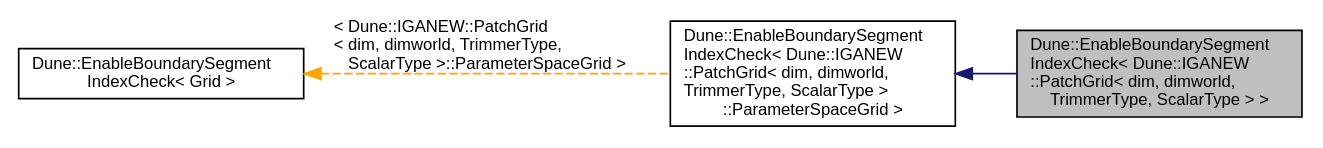
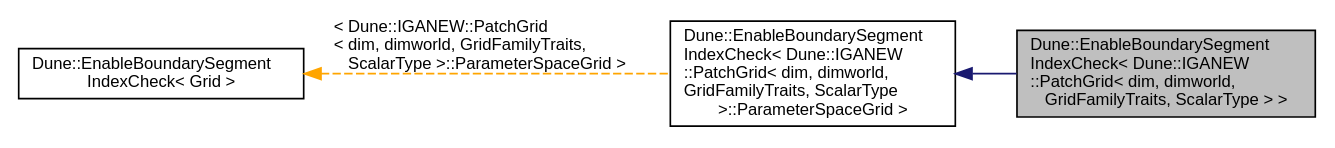
One commit to rath3t/dune-iga-doc changed the diagram in df/db5/a01158.dot. Above: the diagram before and after it, drawn with Graphviz. The commit also changed 583 other files, not shown here.

```diff
--- a/df/db5/a01158.dot
+++ b/df/db5/a01158.dot
@@ -1,12 +1,12 @@
-digraph "Dune::EnableBoundarySegmentIndexCheck&lt; Dune::IGANEW::PatchGrid&lt; dim, dimworld, TrimmerType, ScalarType &gt; &gt;"
+digraph "Dune::EnableBoundarySegmentIndexCheck&lt; Dune::IGANEW::PatchGrid&lt; dim, dimworld, GridFamilyTraits, ScalarType &gt; &gt;"
 {
  // LATEX_PDF_SIZE
   edge [fontname="Helvetica",fontsize="10",labelfontname="Helvetica",labelfontsize="10"];
   node [fontname="Helvetica",fontsize="10",shape=record];
   rankdir="LR";
-  Node1 [label="Dune::EnableBoundarySegment\lIndexCheck\< Dune::IGANEW\l::PatchGrid\< dim, dimworld,\l TrimmerType, ScalarType \> \>",height=0.2,width=0.4,color="black", fillcolor="grey75", style="filled", fontcolor="black",tooltip=" "];
+  Node1 [label="Dune::EnableBoundarySegment\lIndexCheck\< Dune::IGANEW\l::PatchGrid\< dim, dimworld,\l GridFamilyTraits, ScalarType \> \>",height=0.2,width=0.4,color="black", fillcolor="grey75", style="filled", fontcolor="black",tooltip=" "];
   Node2 -> Node1 [dir="back",color="midnightblue",fontsize="10",style="solid",fontname="Helvetica"];
-  Node2 [label="Dune::EnableBoundarySegment\lIndexCheck\< Dune::IGANEW\l::PatchGrid\< dim, dimworld,\l TrimmerType, ScalarType \>\l::ParameterSpaceGrid \>",height=0.2,width=0.4,color="black", fillcolor="white", style="filled",URL="$de/df1/a01151.html",tooltip=" "];
-  Node3 -> Node2 [dir="back",color="orange",fontsize="10",style="dashed",label=" \< Dune::IGANEW::PatchGrid\l\< dim, dimworld, TrimmerType,\l ScalarType \>::ParameterSpaceGrid \>" ,fontname="Helvetica"];
+  Node2 [label="Dune::EnableBoundarySegment\lIndexCheck\< Dune::IGANEW\l::PatchGrid\< dim, dimworld,\l GridFamilyTraits, ScalarType\l \>::ParameterSpaceGrid \>",height=0.2,width=0.4,color="black", fillcolor="white", style="filled",URL="$de/df1/a01151.html",tooltip=" "];
+  Node3 -> Node2 [dir="back",color="orange",fontsize="10",style="dashed",label=" \< Dune::IGANEW::PatchGrid\l\< dim, dimworld, GridFamilyTraits,\l ScalarType \>::ParameterSpaceGrid \>" ,fontname="Helvetica"];
   Node3 [label="Dune::EnableBoundarySegment\lIndexCheck\< Grid \>",height=0.2,width=0.4,color="black", fillcolor="white", style="filled",URL="$de/df1/a01151.html",tooltip=" "];
 }
```
